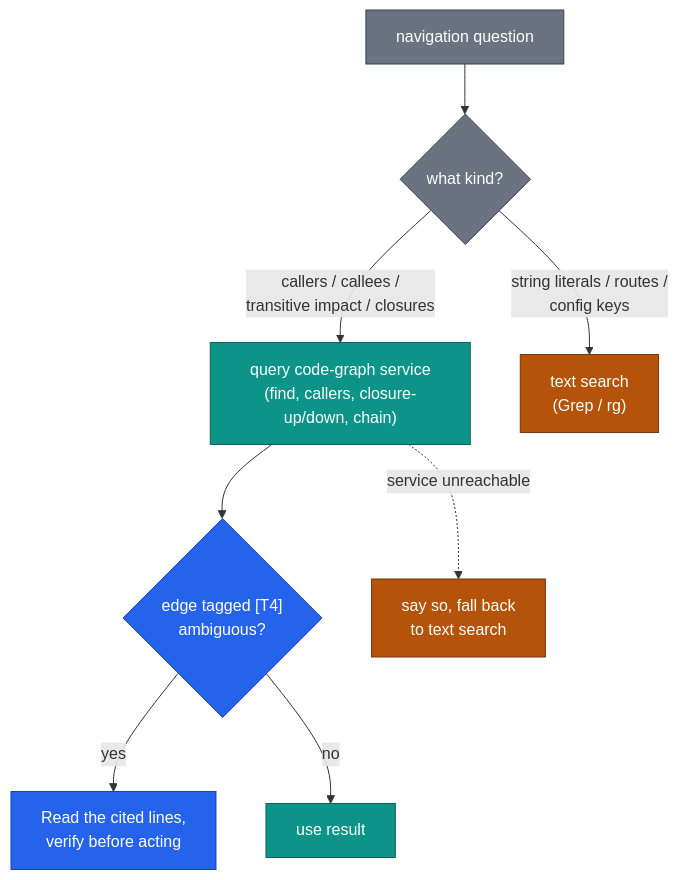
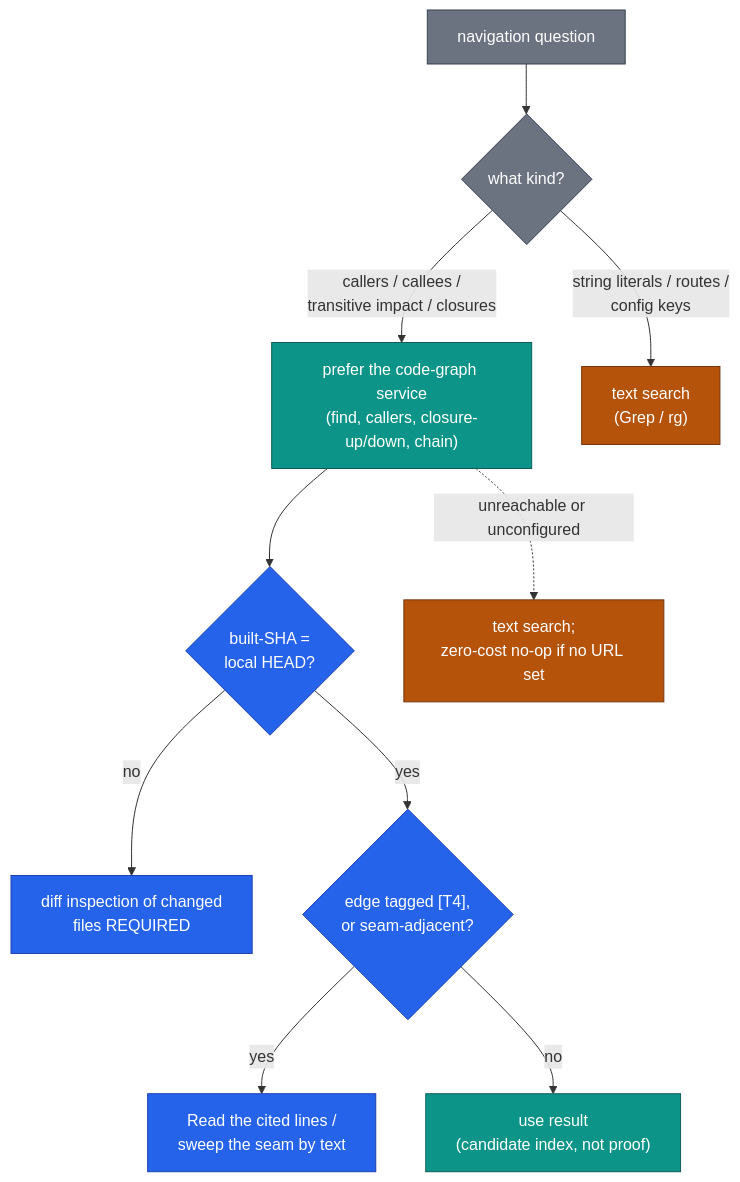
One commit to Tr3kkR/Yuzu changed the third of 3 diagrams in docs/adr/3006-central-code-graph-service.md. Above: the diagram before and after it, drawn with Mermaid. The commit also changed other lines of this file, not shown here.

First line of the commit message:
docs(adr): address ADR-3006 review — pull refresh, guidance-not-invariant rule, evidence reframe, topology unsettled

````diff
--- a/docs/adr/3006-central-code-graph-service.md
+++ b/docs/adr/3006-central-code-graph-service.md
@@ -124,19 +173,21 @@
 ```mermaid
 flowchart TD
     Qn["navigation question"] --> K{"what kind?"}
-    K -- "callers / callees /<br/>transitive impact / closures" --> G["query code-graph service<br/>(find, callers, closure-up/down, chain)"]
+    K -- "callers / callees /<br/>transitive impact / closures" --> G["prefer the code-graph service<br/>(find, callers, closure-up/down, chain)"]
     K -- "string literals / routes /<br/>config keys" --> T["text search<br/>(Grep / rg)"]
-    G --> T4{"edge tagged [T4]<br/>ambiguous?"}
-    T4 -- yes --> V["Read the cited lines,<br/>verify before acting"]
-    T4 -- no --> U["use result"]
-    G -. "service unreachable" .-> FB["say so, fall back<br/>to text search"]
+    G --> SHA{"built-SHA =<br/>local HEAD?"}
+    SHA -- no --> D["diff inspection of changed<br/>files REQUIRED"]
+    SHA -- yes --> T4{"edge tagged [T4],<br/>or seam-adjacent?"}
+    T4 -- yes --> V["Read the cited lines /<br/>sweep the seam by text"]
+    T4 -- no --> U["use result<br/>(candidate index, not proof)"]
+    G -. "unreachable or unconfigured" .-> FB["text search;<br/>zero-cost no-op if no URL set"]
 
     classDef graphC fill:#0d9488,stroke:#115e59,color:#ffffff
     classDef textC fill:#b45309,stroke:#78350f,color:#ffffff
     classDef checkC fill:#2563eb,stroke:#1e40af,color:#ffffff
     classDef neutralC fill:#6b7280,stroke:#374151,color:#ffffff
     class G,U graphC
     class T,FB textC
-    class T4,V checkC
+    class SHA,D,T4,V checkC
     class Qn,K neutralC
 ```
````
